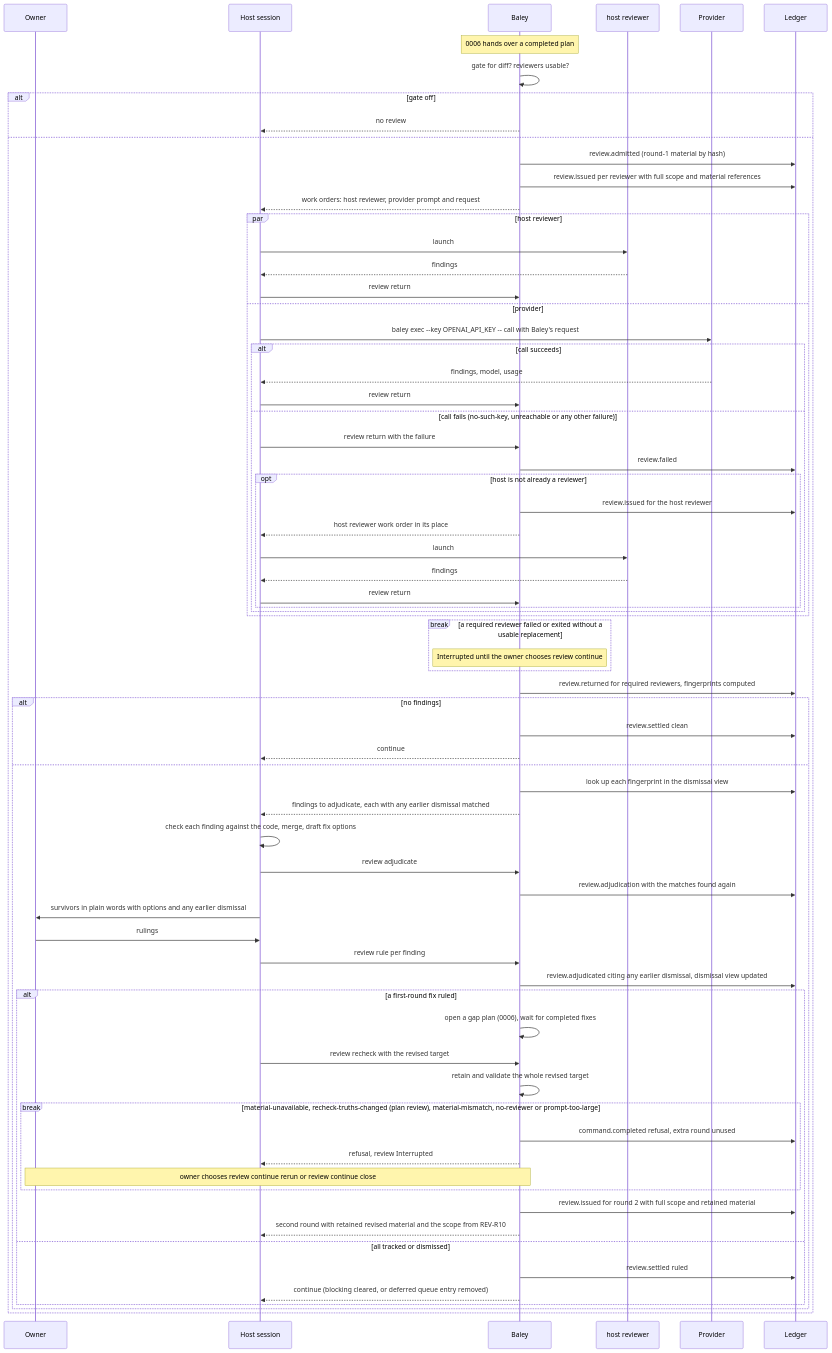
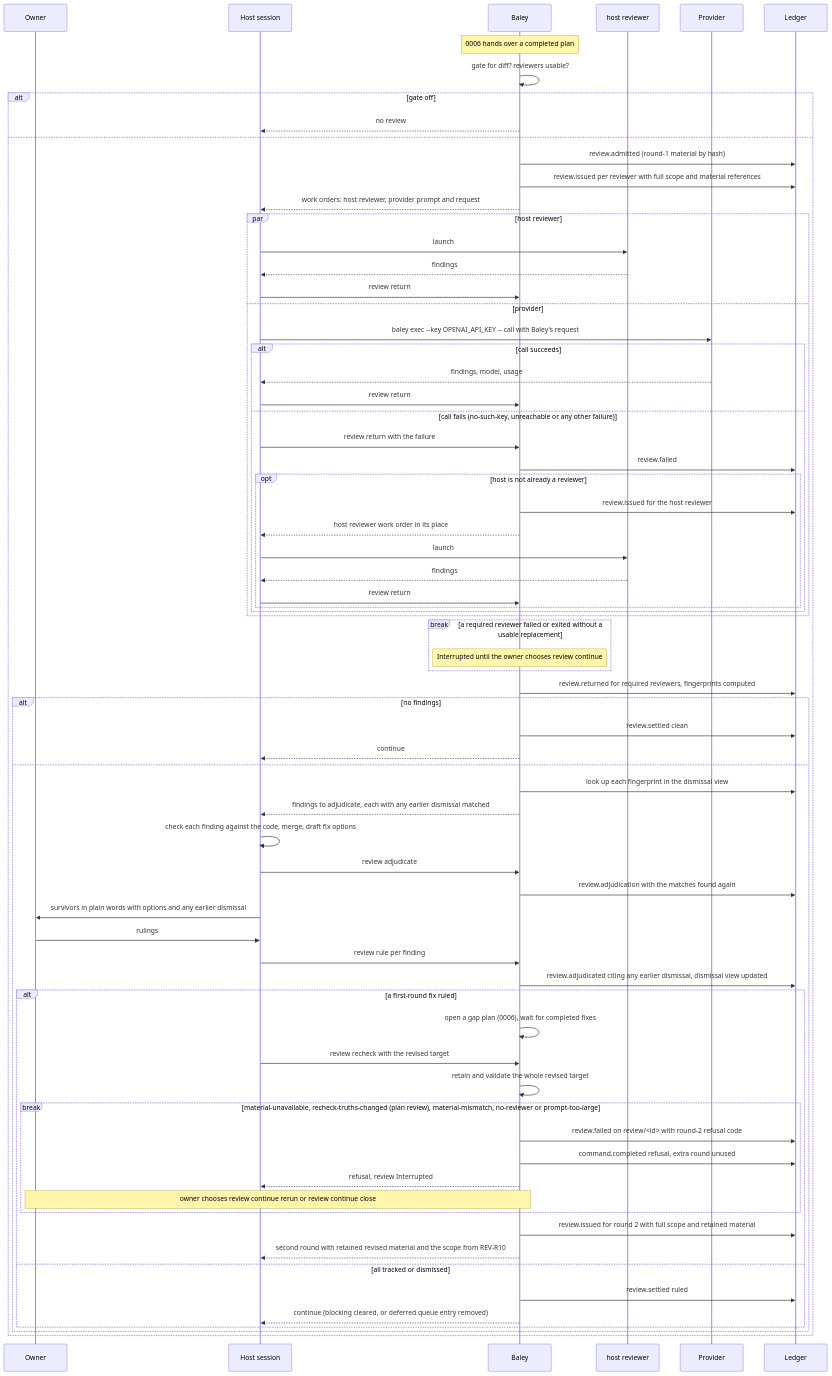
One commit to crenshawdev/baley changed the fourth of 6 diagrams in docs/design/0008-review.md. Above: the diagram before and after it, drawn with Mermaid. The commit also changed other lines of this file and 2 other files, not shown here.

First line of the commit message:
docs(design): align review refusal records and recovery

````diff
--- a/docs/design/0008-review.md
+++ b/docs/design/0008-review.md
@@ -285,72 +287,73 @@
 ```mermaid
 sequenceDiagram
   participant O as Owner
   participant H as Host session
   participant B as Baley
   participant R as host reviewer
   participant P as Provider
   participant L as Ledger
   Note over B: 0006 hands over a completed plan
   B->>B: gate for diff? reviewers usable?
   alt gate off
     B-->>H: no review
   else
     B->>L: review.admitted (round-1 material by hash)
     B->>L: review.issued per reviewer with full scope and material references
     B-->>H: work orders: host reviewer, provider prompt and request
     par host reviewer
       H->>R: launch
       R-->>H: findings
       H->>B: review return
     and provider
       H->>P: baley exec --key OPENAI_API_KEY -- call with Baley's request
       alt call succeeds
         P-->>H: findings, model, usage
         H->>B: review return
       else call fails (no-such-key, unreachable or any other failure)
         H->>B: review return with the failure
         B->>L: review.failed
         opt host is not already a reviewer
           B->>L: review.issued for the host reviewer
           B-->>H: host reviewer work order in its place
           H->>R: launch
           R-->>H: findings
           H->>B: review return
         end
       end
     end
     break a required reviewer failed or exited without a usable replacement
       Note over B: Interrupted until the owner chooses review continue
     end
     B->>L: review.returned for required reviewers, fingerprints computed
     alt no findings
       B->>L: review.settled clean
       B-->>H: continue
     else
       B->>L: look up each fingerprint in the dismissal view
       B-->>H: findings to adjudicate, each with any earlier dismissal matched
       H->>H: check each finding against the code, merge, draft fix options
       H->>B: review adjudicate
       B->>L: review.adjudication with the matches found again
       H->>O: survivors in plain words with options and any earlier dismissal
       O->>H: rulings
       H->>B: review rule per finding
       B->>L: review.adjudicated citing any earlier dismissal, dismissal view updated
       alt a first-round fix ruled
         B->>B: open a gap plan (0006), wait for completed fixes
         H->>B: review recheck with the revised target
         B->>B: retain and validate the whole revised target
         break material-unavailable, recheck-truths-changed (plan review), material-mismatch, no-reviewer or prompt-too-large
+          B->>L: review.failed on review/<id> with round-2 refusal code
           B->>L: command.completed refusal, extra round unused
           B-->>H: refusal, review Interrupted
           Note over O,B: owner chooses review continue rerun or review continue close
         end
         B->>L: review.issued for round 2 with full scope and retained material
         B-->>H: second round with retained revised material and the scope from REV-R10
       else all tracked or dismissed
         B->>L: review.settled ruled
         B-->>H: continue (blocking cleared, or deferred queue entry removed)
       end
     end
   end
 ```
````
